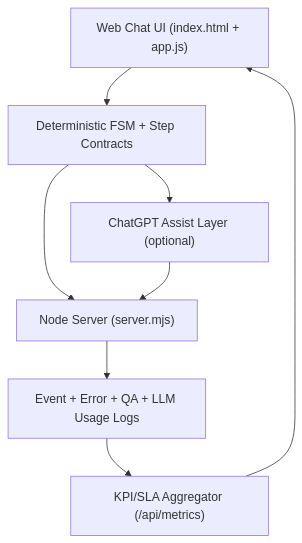
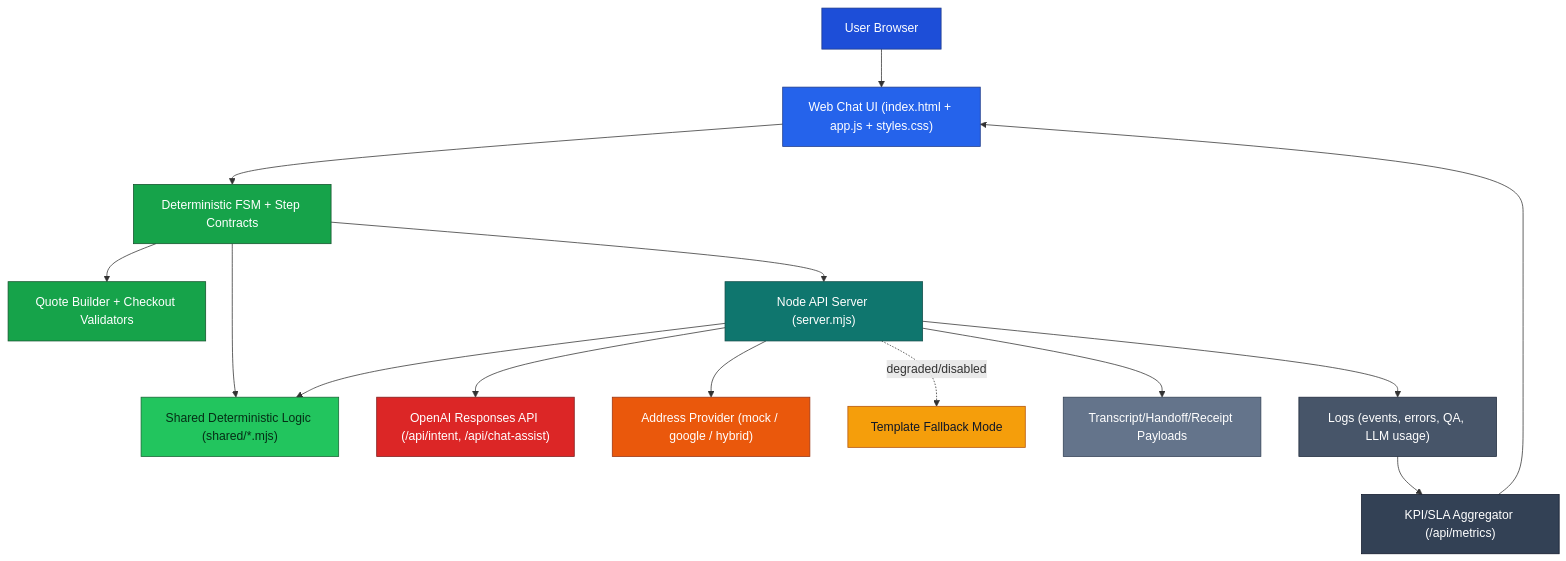
One commit to chsin1/NLP-Google-Chatbot-ADK changed the first of 2 diagrams in README.md. Above: the diagram before and after it, drawn with Mermaid. The commit also changed other lines of this file and 41 other files, not shown here.

````diff
--- a/README.md
+++ b/README.md
@@ -67,17 +67,42 @@
 ```mermaid
 graph TD
-    UI["Web Chat UI (index.html + app.js)"]
+    BROWSER["User Browser"]
+    UI["Web Chat UI (index.html + app.js + styles.css)"]
     FSM["Deterministic FSM + Step Contracts"]
-    LLM["ChatGPT Assist Layer (optional)"]
-    API["Node Server (server.mjs)"]
-    LOGS["Event + Error + QA + LLM Usage Logs"]
+    QUOTE["Quote Builder + Checkout Validators"]
+    SHARED["Shared Deterministic Logic (shared/*.mjs)"]
+    API["Node API Server (server.mjs)"]
+    LLM["OpenAI Responses API (/api/intent, /api/chat-assist)"]
+    ADDR["Address Provider (mock / google / hybrid)"]
+    FALLBACK["Template Fallback Mode"]
+    EXPORT["Transcript/Handoff/Receipt Payloads"]
+    LOGS["Logs (events, errors, QA, LLM usage)"]
     METRICS["KPI/SLA Aggregator (/api/metrics)"]
 
+    BROWSER --> UI
     UI --> FSM
+    FSM --> QUOTE
+    FSM --> SHARED
     FSM --> API
-    FSM --> LLM
-    LLM --> API
+    API --> SHARED
+    API --> LLM
+    API --> ADDR
+    API -. degraded/disabled .-> FALLBACK
+    API --> EXPORT
     API --> LOGS
     LOGS --> METRICS
     METRICS --> UI
+
+    style BROWSER fill:#1d4ed8,color:#ffffff,stroke:#1e3a8a,stroke-width:1px
+    style UI fill:#2563eb,color:#ffffff,stroke:#1e3a8a,stroke-width:1px
+    style FSM fill:#16a34a,color:#ffffff,stroke:#14532d,stroke-width:1px
+    style QUOTE fill:#16a34a,color:#ffffff,stroke:#14532d,stroke-width:1px
+    style SHARED fill:#22c55e,color:#052e16,stroke:#166534,stroke-width:1px
+    style API fill:#0f766e,color:#ffffff,stroke:#134e4a,stroke-width:1px
+    style LLM fill:#dc2626,color:#ffffff,stroke:#7f1d1d,stroke-width:1px
+    style ADDR fill:#ea580c,color:#ffffff,stroke:#9a3412,stroke-width:1px
+    style FALLBACK fill:#f59e0b,color:#111827,stroke:#b45309,stroke-width:1px
+    style EXPORT fill:#64748b,color:#ffffff,stroke:#334155,stroke-width:1px
+    style LOGS fill:#475569,color:#ffffff,stroke:#1e293b,stroke-width:1px
+    style METRICS fill:#334155,color:#ffffff,stroke:#0f172a,stroke-width:1px
 ```
````
